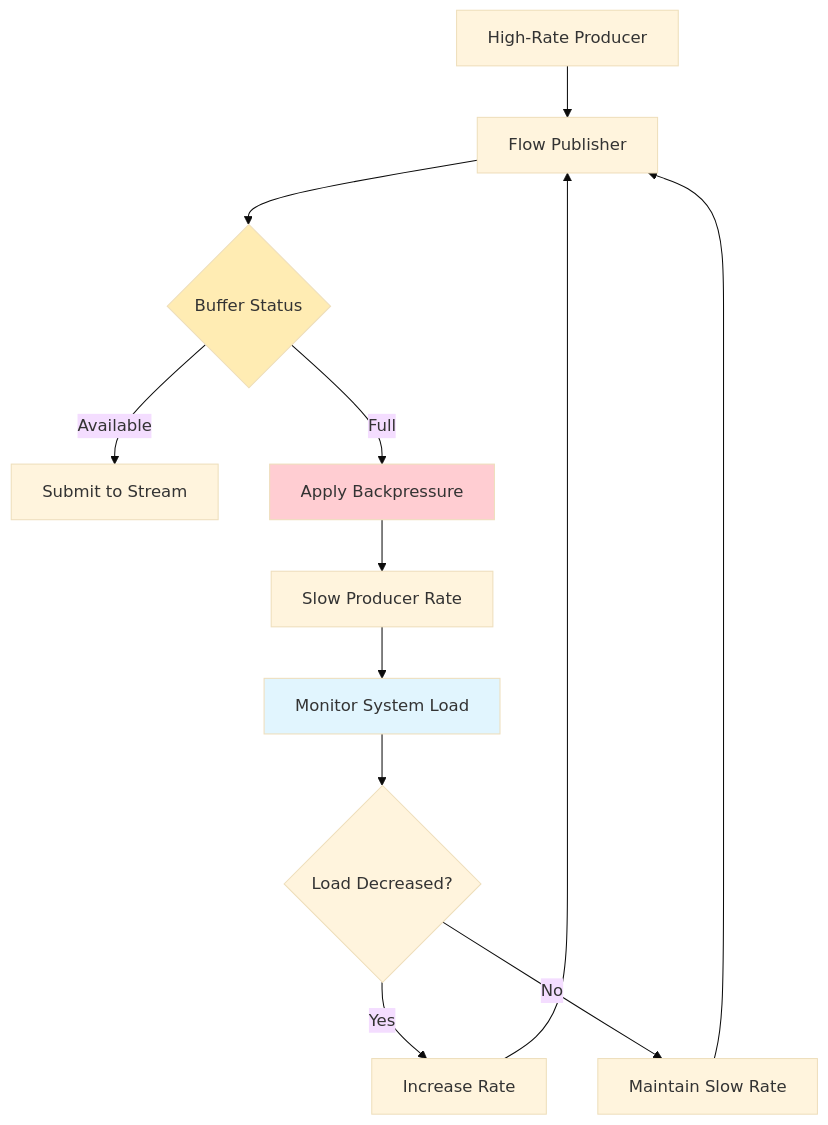
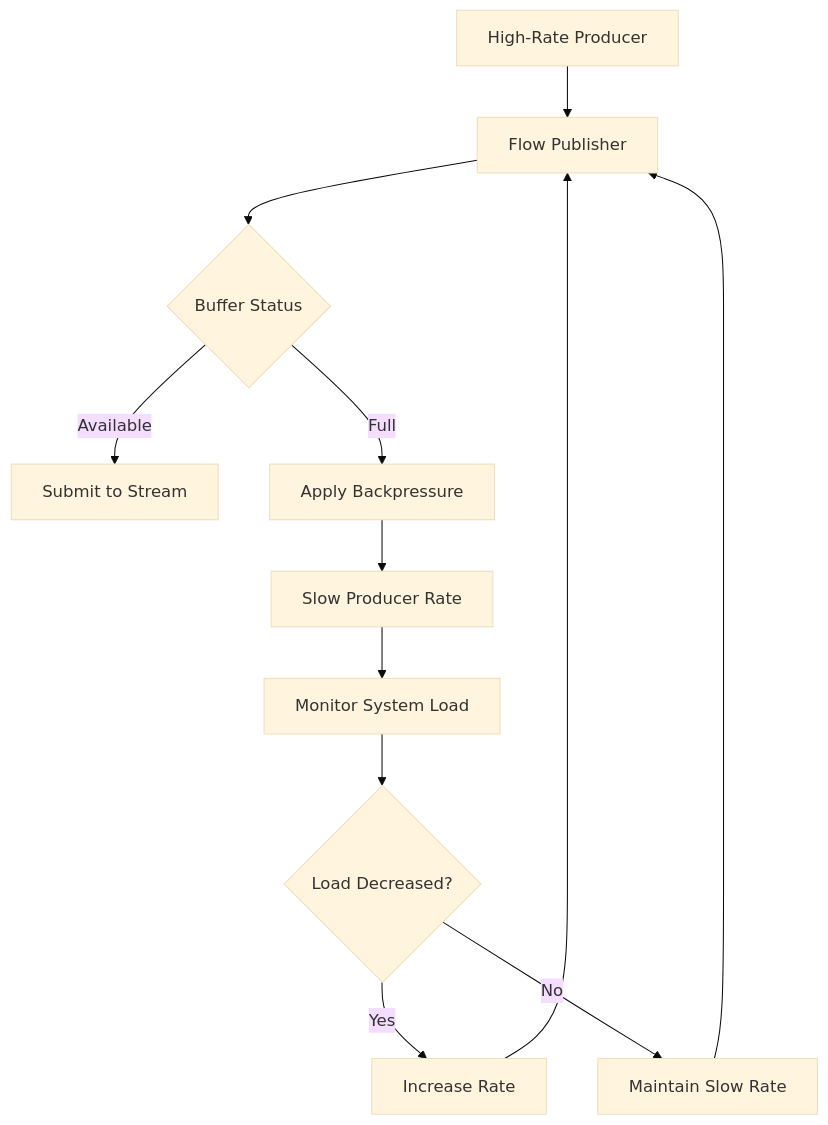
One commit to maglietti/ignite3-java-api-primer changed the second of 2 diagrams in docs/05-performance-scalability/01-data-streaming.md. Above: the diagram before and after it, drawn with Mermaid (base theme). The commit also changed other lines of this file and 18 other files, not shown here.

````diff
--- a/docs/05-performance-scalability/01-data-streaming.md
+++ b/docs/05-performance-scalability/01-data-streaming.md
@@ -73,18 +78,14 @@
 ```mermaid
 graph TB
     A["High-Rate Producer"] --> B["Flow Publisher"]
     B --> C{"Buffer Status"}
     C -->|"Available"| D["Submit to Stream"]
     C -->|"Full"| E["Apply Backpressure"]
     E --> F["Slow Producer Rate"]
     F --> G["Monitor System Load"]
     G --> H{"Load Decreased?"}
     H -->|"Yes"| I["Increase Rate"]
     H -->|"No"| J["Maintain Slow Rate"]
     I --> B
     J --> B
-    
-    style C fill:#ffecb3
-    style E fill:#ffcdd2
-    style G fill:#e1f5fe
 ```
````
